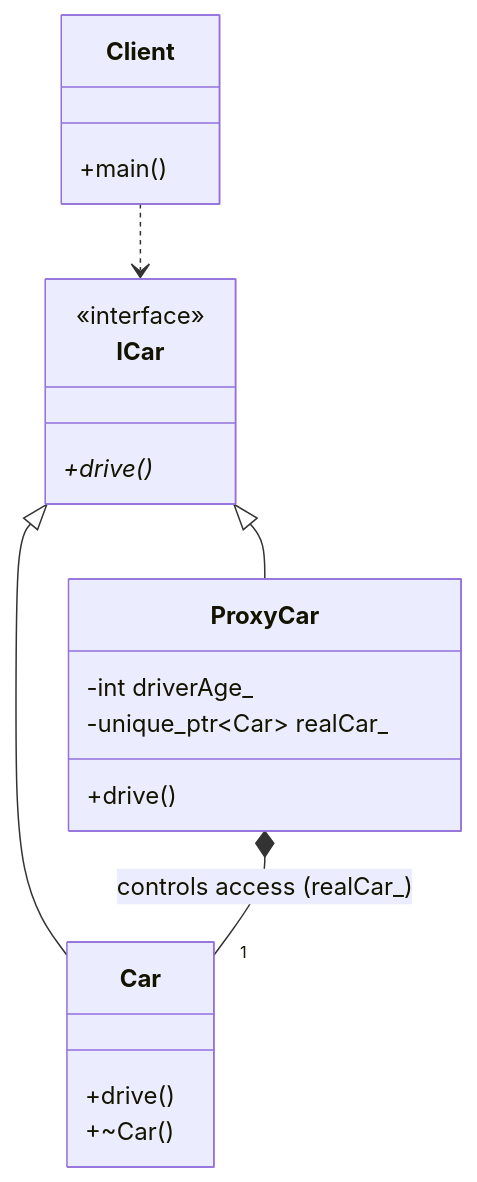
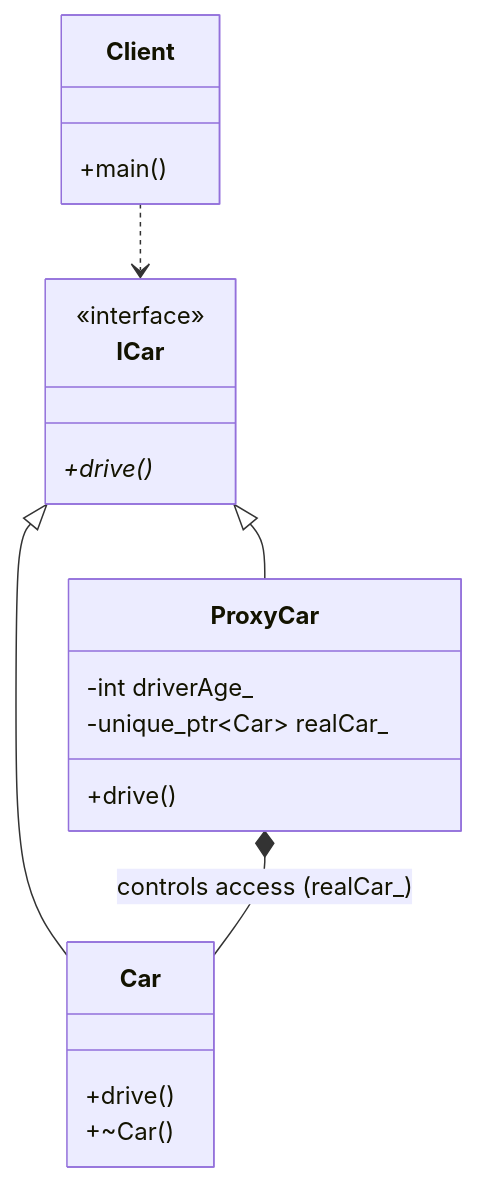
Before and after one commit to Cichlidfishexigency721/Modern-CPP-Design-Patterns: the diagram in 14_Proxy/README.md, drawn with Mermaid. The commit also changed 22 other files, not shown here.

Commit message:
UML improvement

````diff
--- a/14_Proxy/README.md
+++ b/14_Proxy/README.md
@@ -47,33 +47,33 @@
 ```mermaid
 classDiagram
    class ICar {
       <<interface>>
       +drive()*
    }
 
    class Car {
       +drive()
       +~Car()
    }
 
    class ProxyCar {
       -int driverAge_
       -unique_ptr~Car~ realCar_
       +drive()
    }
 
    class Client {
       +main()
    }
 
    %% Inheritance (Is_a) - No numbers
    ICar <|-- Car
    ICar <|-- ProxyCar
 
-   %% Composition (Has_a) - Multiplicity "1" only at the end
+   %% Composition (Has_a)
    %% The Proxy owns and manages the lifecycle of the Real Subject
-   ProxyCar *-- "1" Car : controls access (realCar_)
+   ProxyCar *-- Car : controls access (realCar_)
 
    %% Dependency - No numbers
    Client ..> ICar
 ```
````
